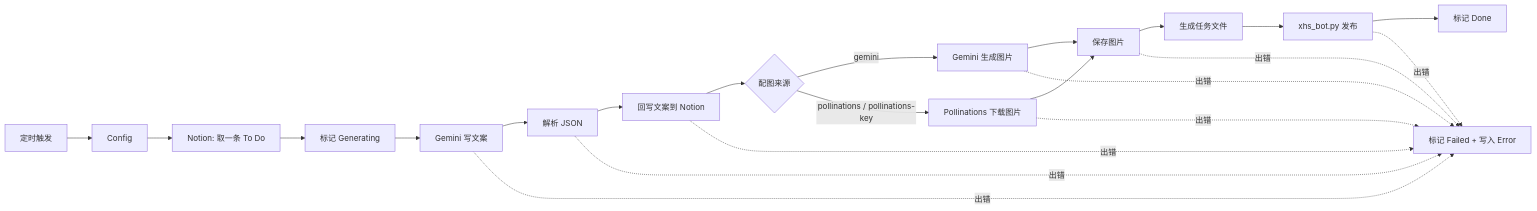
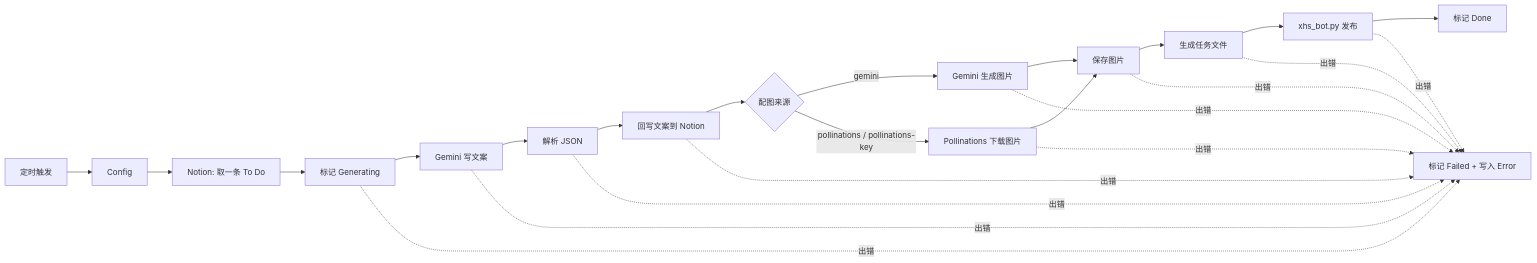
One commit to XingjianWang001/n8n-xhs-autopost changed the diagram in README.md. Above: the diagram before and after it, drawn with Mermaid. The commit also changed other lines of this file and 2 other files, not shown here.

Commit message:
fix(workflow): route remaining node errors to Mark Failed and retry Mark Done
Build Task, Convert to File and Mark Generating had no error output, so
a failure there left the row stuck (Generating, or To Do at the head of
the queue failing every hour). Their error outputs now go to Mark
Failed like the other nodes.

Mark Done retries 3 times, 5 s apart: if the note was published but the
Notion update failed, the row stayed at Generating and resetting it to
To Do per the README re-posted the note. The README FAQ now says to set
such a row to Done instead.

Refs #1

````diff
--- a/README.md
+++ b/README.md
@@ -19,18 +19,18 @@
 ```mermaid
 flowchart LR
     A[定时触发] --> B[Config]
     B --> C[Notion: 取一条 To Do]
     C --> D[标记 Generating]
     D --> E[Gemini 写文案]
     E --> F[解析 JSON]
     F --> G[回写文案到 Notion]
     G --> H{配图来源}
     H -->|gemini| I[Gemini 生成图片]
     H -->|pollinations / pollinations-key| J[Pollinations 下载图片]
     I --> K[保存图片]
     J --> K
     K --> L[生成任务文件]
     L --> M[xhs_bot.py 发布]
     M --> N[标记 Done]
-    E & F & G & I & J & K & M -.出错.-> X[标记 Failed + 写入 Error]
+    D & E & F & G & I & J & K & L & M -.出错.-> X[标记 Failed + 写入 Error]
 ```
````
